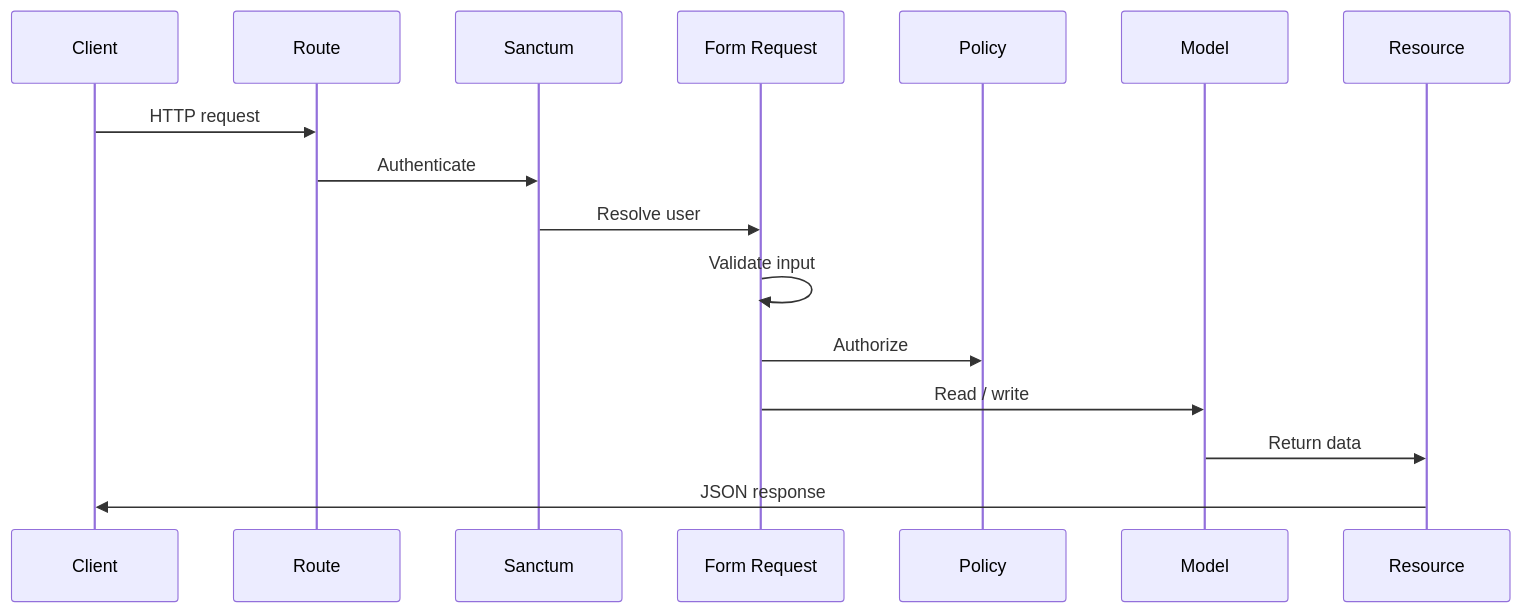
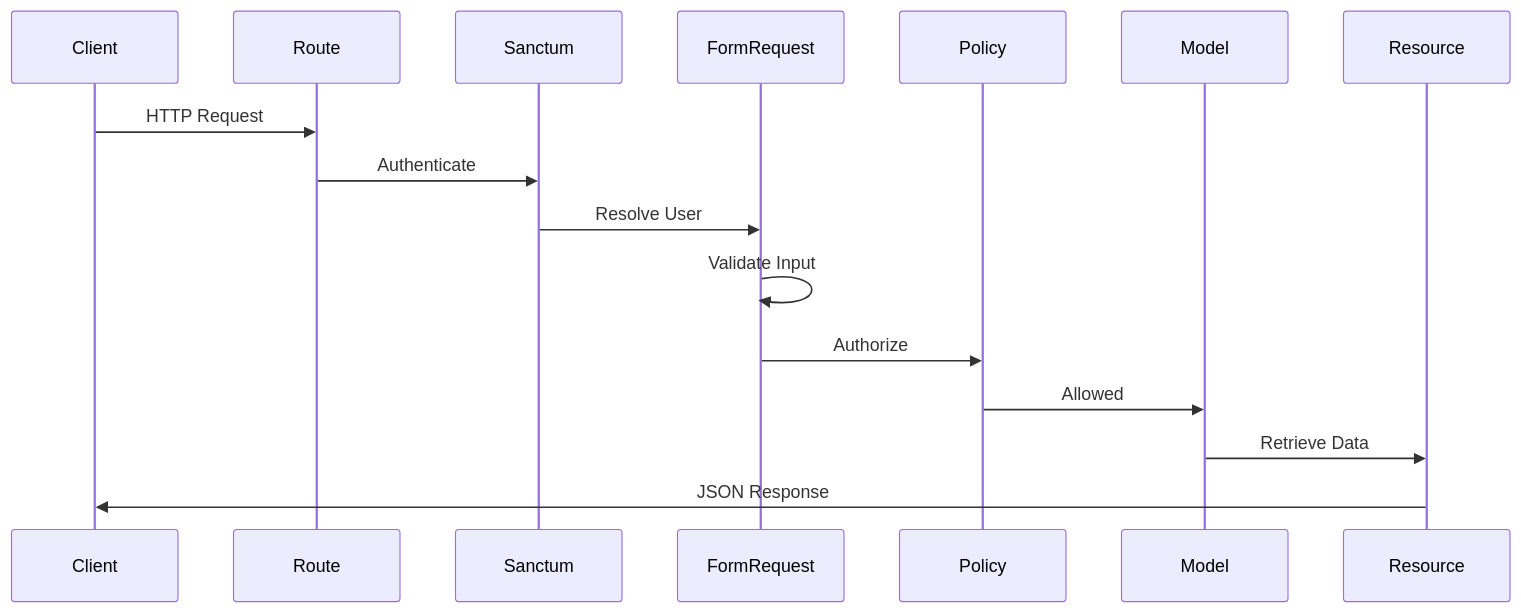
Before and after one commit to ericcobasdev/careertrack-api: the third of 6 diagrams in README.md, drawn with Mermaid. The commit also changed other lines of this file, not shown here.

Commit message:
docs(readme): document Kubernetes deployment and architecture

````diff
--- a/README.md
+++ b/README.md
@@ -221,19 +434,27 @@
 ```mermaid
 sequenceDiagram
-    participant C as Client
-    participant R as Route
-    participant A as Sanctum
-    participant F as Form Request
-    participant P as Policy
-    participant M as Model
-    participant J as Resource
 
-    C->>R: HTTP request
-    R->>A: Authenticate
-    A->>F: Resolve user
-    F->>F: Validate input
-    F->>P: Authorize
-    F->>M: Read / write
-    M->>J: Return data
-    J->>C: JSON response
+participant Client
+participant Route
+participant Sanctum
+participant FormRequest
+participant Policy
+participant Model
+participant Resource
+
+Client->>Route: HTTP Request
+
+Route->>Sanctum: Authenticate
+
+Sanctum->>FormRequest: Resolve User
+
+FormRequest->>FormRequest: Validate Input
+
+FormRequest->>Policy: Authorize
+
+Policy->>Model: Allowed
+
+Model->>Resource: Retrieve Data
+
+Resource->>Client: JSON Response
 ```
````
